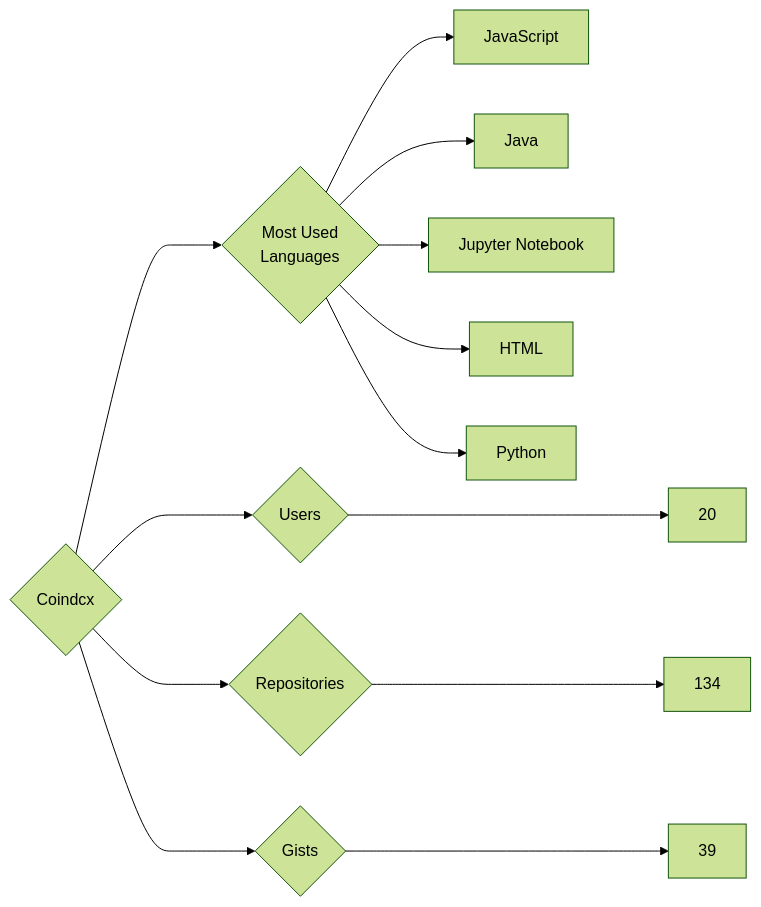
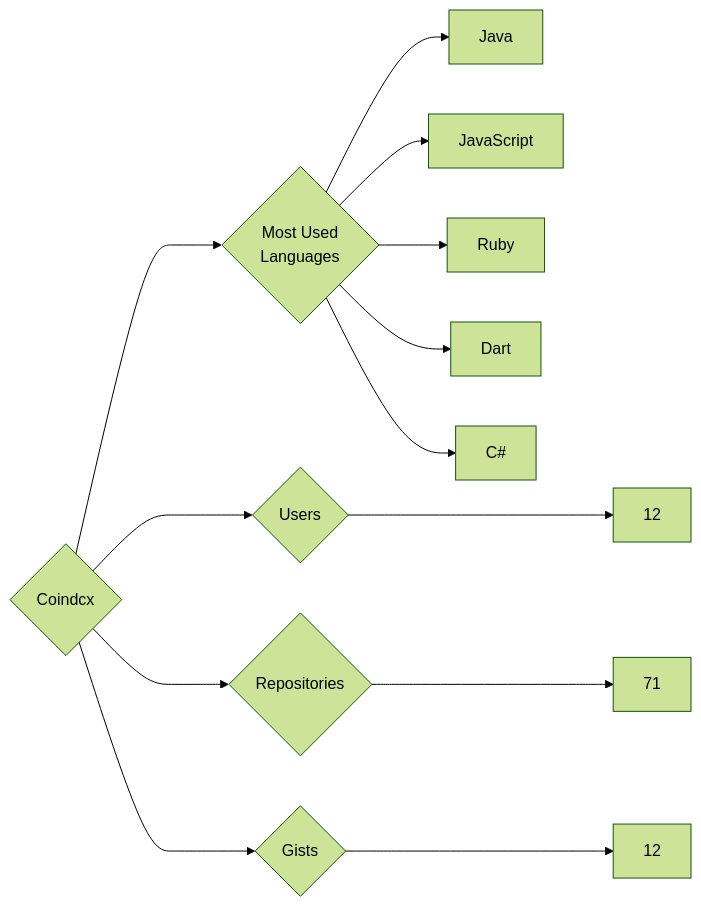
Before and after one commit to trickest/insiders: the diagram in targets/Coindcx/README.md, drawn with Mermaid (forest theme). The commit also changed 1084 other files, not shown here.

````diff
--- a/targets/Coindcx/README.md
+++ b/targets/Coindcx/README.md
@@ -3,13 +3,13 @@
 ```mermaid
 graph LR
 COMPANY_NAME{Coindcx}
-COMPANY_NAME ---> U{Users} ---> UN[20]
-COMPANY_NAME ---> R{Repositories} ---> RN[134]
-COMPANY_NAME ---> G{Gists} ---> GN[39]
+COMPANY_NAME ---> U{Users} ---> UN[12]
+COMPANY_NAME ---> R{Repositories} ---> RN[71]
+COMPANY_NAME ---> G{Gists} ---> GN[12]
 COMPANY_NAME ---> ML{Most Used<br>Languages}
+ML --> Java[Java]
 ML --> JavaScript[JavaScript]
-ML --> Java[Java]
-ML --> Jupyter_Notebook[Jupyter Notebook]
-ML --> HTML[HTML]
-ML --> Python[Python]
+ML --> Ruby[Ruby]
+ML --> Dart[Dart]
+ML --> C#[C#]
 ```
````
